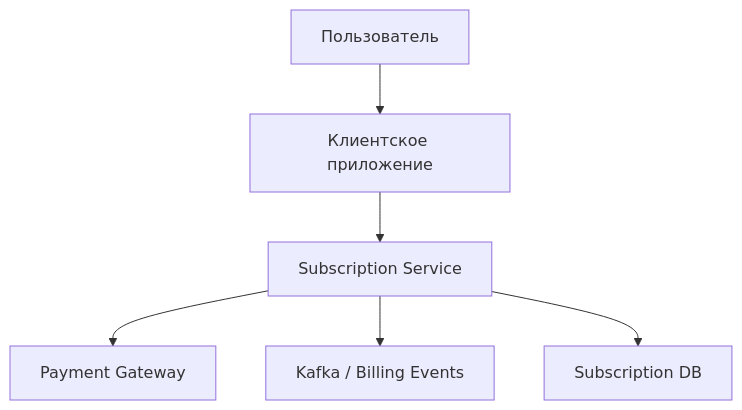
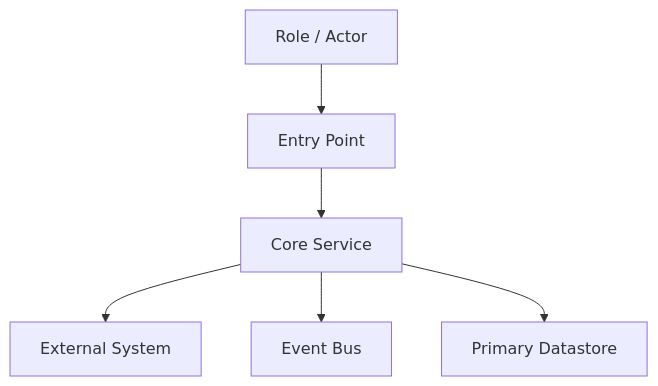
The diagram in {{cookiecutter.repository_slug}}/architecture/context-diagram.md (Znbiz/cookiecutter-arch-docs-repo), drawn with Mermaid before and after one commit. The commit also changed 132 other files, not shown here.

````diff
--- a/{{cookiecutter.repository_slug}}/architecture/context-diagram.md
+++ b/{{cookiecutter.repository_slug}}/architecture/context-diagram.md
@@ -3,8 +3,8 @@
 ```mermaid
 flowchart TB
-    User["Пользователь"] --> Client["Клиентское приложение"]
-    Client --> Subscription["Subscription Service"]
-    Subscription --> Payment["Payment Gateway"]
-    Subscription --> Events["Kafka / Billing Events"]
-    Subscription --> DB["Subscription DB"]
+    User["Role / Actor"] --> Client["Entry Point"]
+    Client --> Core["Core Service"]
+    Core --> External["External System"]
+    Core --> Events["Event Bus"]
+    Core --> DB["Primary Datastore"]
 ```
````
